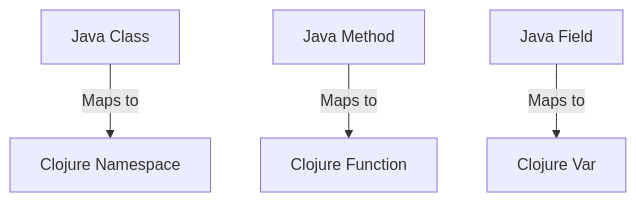
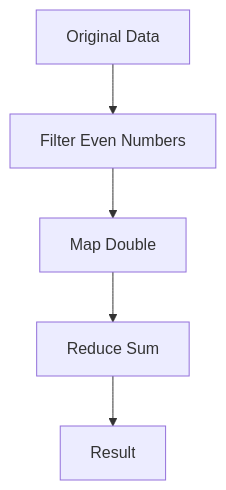
One commit to MasteryEducation/ClojureForJava.com changed the diagram in content/3/22/3/index.md. Above: the diagram before and after it, drawn with Mermaid. The commit also changed other lines of this file and 74 other files, not shown here.

````diff
--- a/content/3/22/3/index.md
+++ b/content/3/22/3/index.md
@@ -187,6 +153,7 @@
 ```mermaid
 graph TD;
-    JavaClass[Java Class] -->|Maps to| ClojureNamespace[Clojure Namespace];
-    JavaMethod[Java Method] -->|Maps to| ClojureFunction[Clojure Function];
-    JavaField[Java Field] -->|Maps to| ClojureVar[Clojure Var];
+    A[Original Data] --> B[Filter Even Numbers];
+    B --> C[Map Double];
+    C --> D[Reduce Sum];
+    D --> E[Result];
 ```
````
